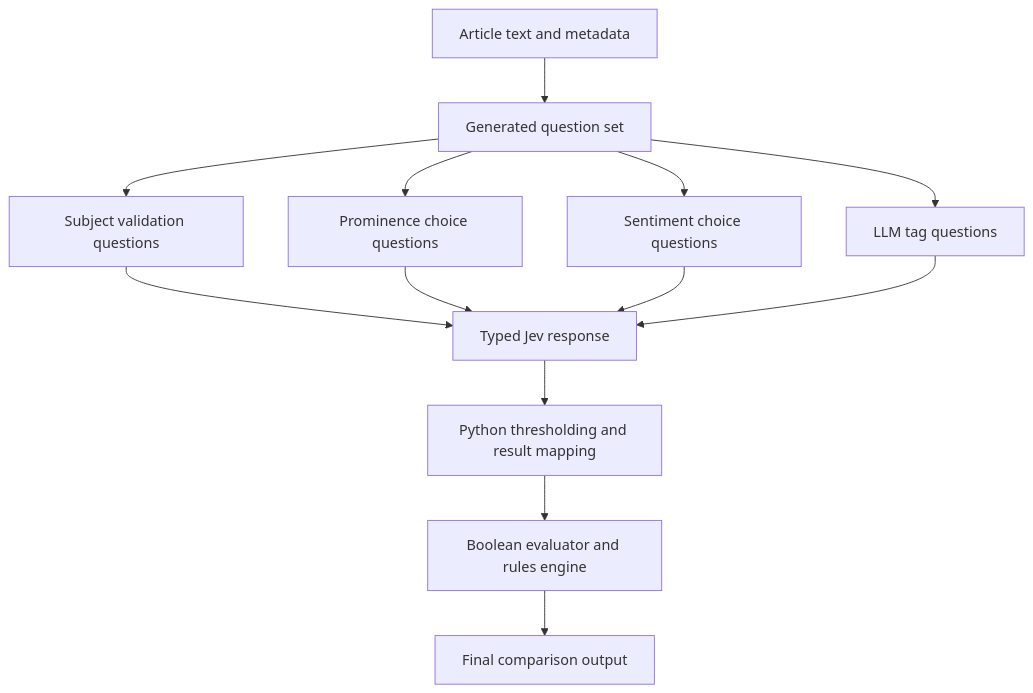
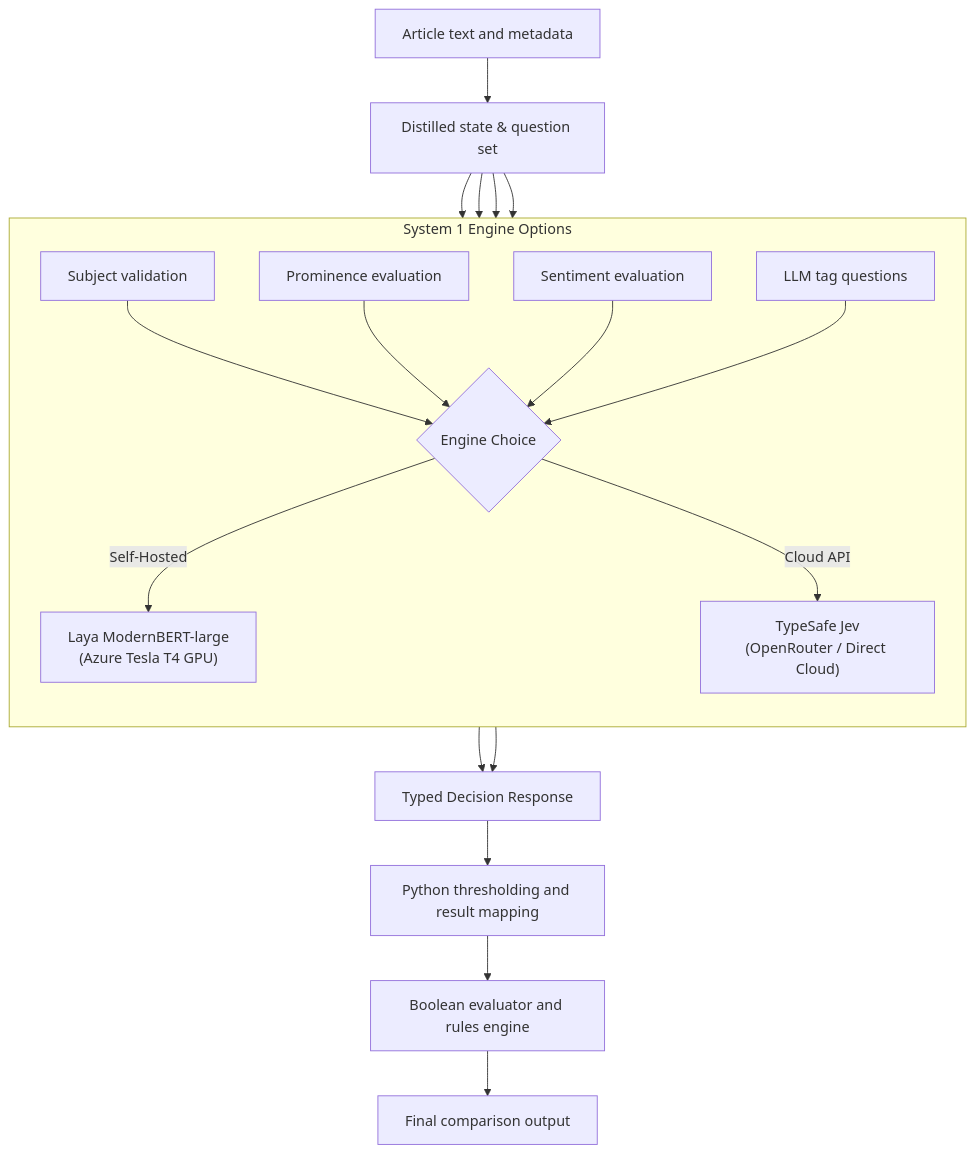
The second of 5 diagrams in jev-curation-engine-explainer.md (TonyP-MR/jev-curation-engine), drawn with Mermaid before and after one commit. The commit also changed other lines of this file and 1 other file, not shown here.

Commit message:
docs: update README and explainer diagrams to reflect dual Laya and Jev options

````diff
--- a/jev-curation-engine-explainer.md
+++ b/jev-curation-engine-explainer.md
@@ -79,15 +79,24 @@
 ```mermaid
 flowchart TD
-    S[Article text and metadata] --> Q[Generated question set]
-    Q --> V[Subject validation questions]
-    Q --> P[Prominence choice questions]
-    Q --> T[Sentiment choice questions]
+    S[Article text and metadata] --> Q[Distilled state & question set]
+    Q --> V[Subject validation]
+    Q --> P[Prominence evaluation]
+    Q --> T[Sentiment evaluation]
     Q --> L[LLM tag questions]
-    V --> R[Typed Jev response]
-    P --> R
-    T --> R
-    L --> R
+    
+    subgraph ENG["System 1 Engine Options"]
+        direction TB
+        V --> E_CHOICE{Engine Choice}
+        P --> E_CHOICE
+        T --> E_CHOICE
+        L --> E_CHOICE
+        E_CHOICE -->|Self-Hosted| LAYA["Laya ModernBERT-large<br/>(Azure Tesla T4 GPU)"]
+        E_CHOICE -->|Cloud API| JEV["TypeSafe Jev<br/>(OpenRouter / Direct Cloud)"]
+    end
+    
+    LAYA --> R[Typed Decision Response]
+    JEV --> R
     R --> N[Python thresholding and result mapping]
     N --> X[Boolean evaluator and rules engine]
     X --> O[Final comparison output]
 ```
````
